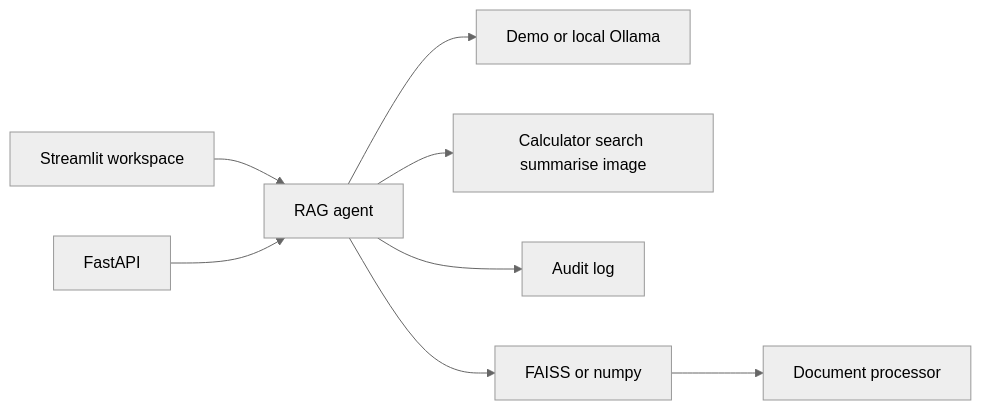
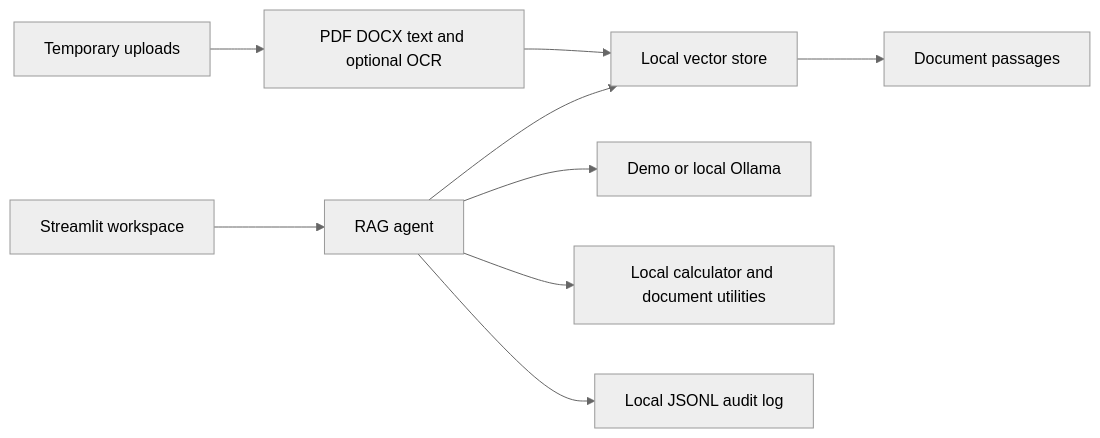
One commit to k-vandith/sovereign-agentic-ai-workbench changed the diagram in README.md. Above: the diagram before and after it, drawn with Mermaid (neutral theme). The commit also changed other lines of this file, not shown here.

````diff
--- a/README.md
+++ b/README.md
@@ -33,10 +112,11 @@
-```mermaid
+~~~mermaid
 flowchart LR
   UI[Streamlit workspace] --> Agent[RAG agent]
-  API[FastAPI] --> Agent
+  Agent --> Retrieval[Local vector store]
   Agent --> LLM[Demo or local Ollama]
-  Agent --> Tools[Calculator search summarise image]
-  Agent --> Audit[Audit log]
-  Agent --> Store[FAISS or numpy]
-  Store --> Docs[Document processor]
-```
+  Agent --> Tools[Local calculator and document utilities]
+  Agent --> Audit[Local JSONL audit log]
+  Retrieval --> Chunks[Document passages]
+  Upload[Temporary uploads] --> Processor[PDF DOCX text and optional OCR]
+  Processor --> Retrieval
+~~~
````
